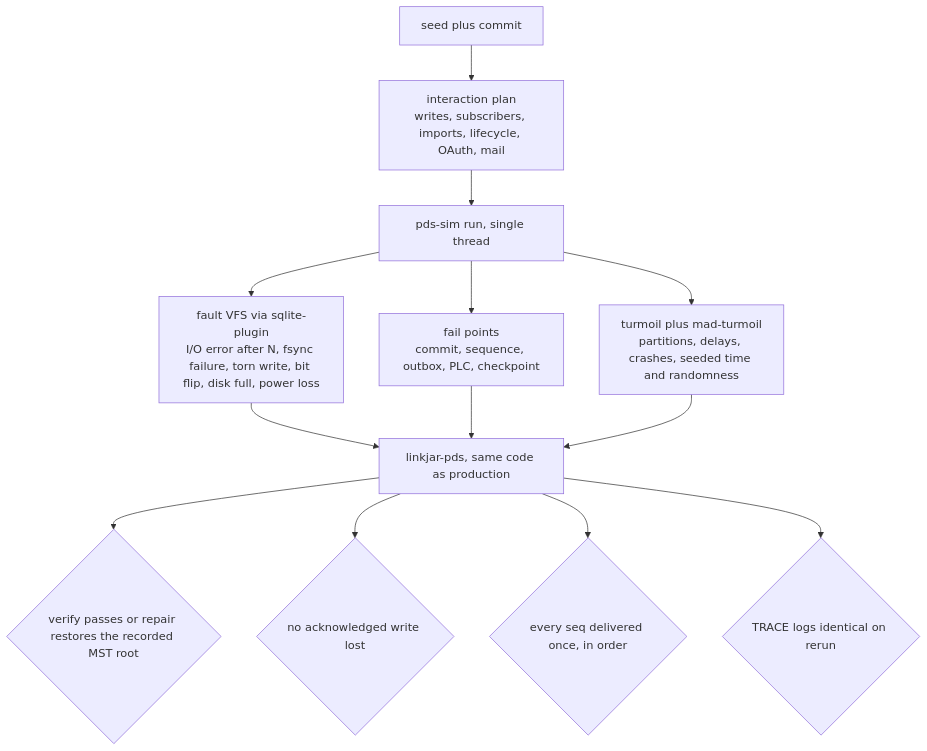
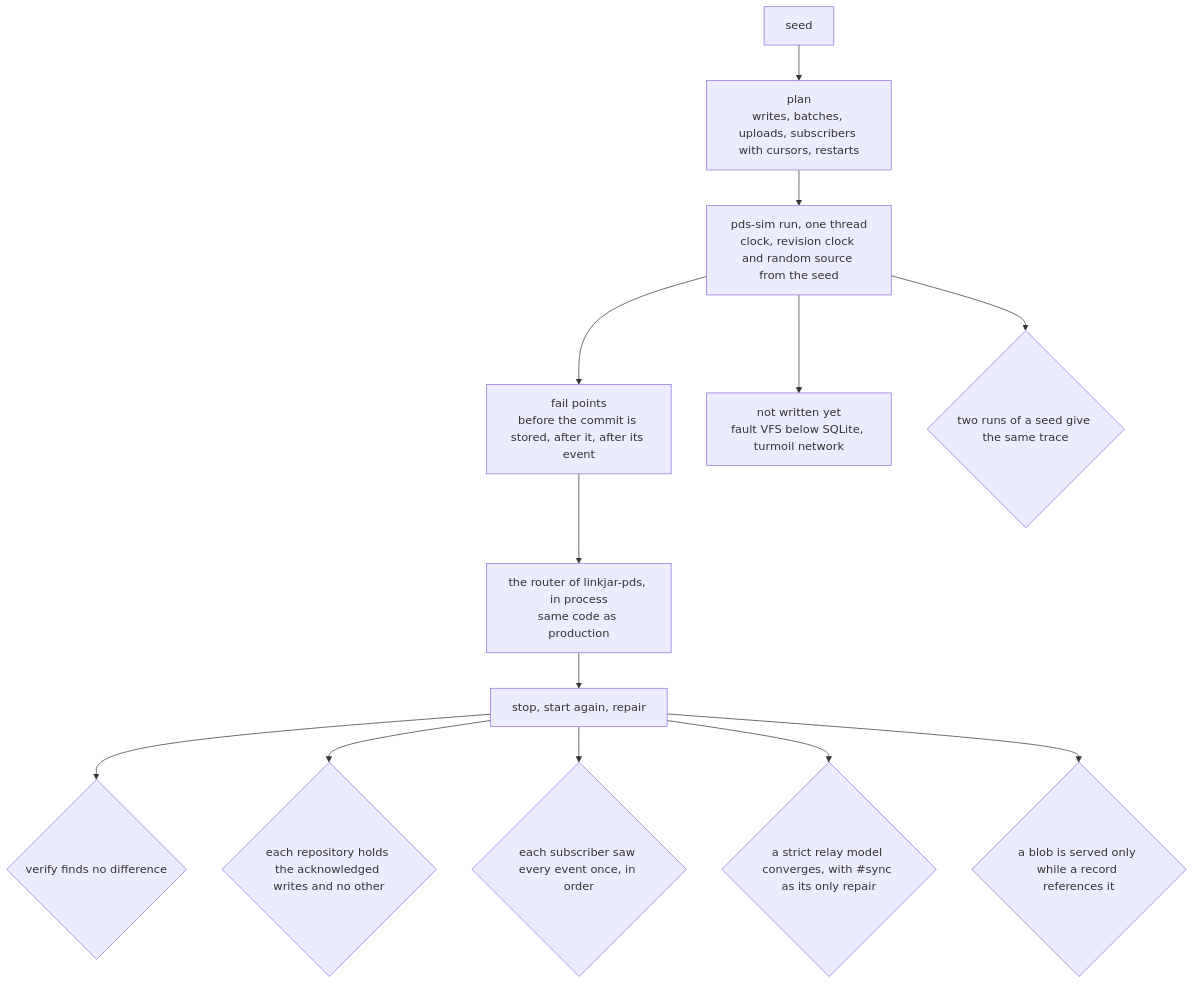
One commit to linkjar/pds changed the diagram in docs/architecture/diagrams/13-simulation.mmd. Above: the diagram before and after it, drawn with Mermaid. The commit also changed 16 other files, not shown here.

Commit message:
Unit 4: keep actor stores open between writes; diagrams and the plan

```diff
--- a/docs/architecture/diagrams/13-simulation.mmd
+++ b/docs/architecture/diagrams/13-simulation.mmd
@@ -1,11 +1,13 @@
 flowchart TB
-  seed[seed plus commit] --> plan[interaction plan<br/>writes, subscribers, imports, lifecycle, OAuth, mail]
-  plan --> run[pds-sim run, single thread]
-  run --> vfs[fault VFS via sqlite-plugin<br/>I/O error after N, fsync failure, torn write, bit flip, disk full, power loss]
-  run --> fp[fail points<br/>commit, sequence, outbox, PLC, checkpoint]
-  run --> net[turmoil plus mad-turmoil<br/>partitions, delays, crashes, seeded time and randomness]
-  vfs & fp & net --> sut[linkjar-pds, same code as production]
-  sut --> o1{verify passes or repair restores the recorded MST root}
-  sut --> o2{no acknowledged write lost}
-  sut --> o3{every seq delivered once, in order}
-  sut --> o4{TRACE logs identical on rerun}
+  seed[seed] --> plan[plan<br/>writes, batches, uploads, subscribers with cursors, restarts]
+  plan --> run[pds-sim run, one thread<br/>clock, revision clock and random source from the seed]
+  run --> fp[fail points<br/>before the commit is stored, after it, after its event]
+  run --> later[not written yet<br/>fault VFS below SQLite, turmoil network]
+  fp --> sut[the router of linkjar-pds, in process<br/>same code as production]
+  sut --> restart[stop, start again, repair]
+  restart --> o1{verify finds no difference}
+  restart --> o2{each repository holds the acknowledged writes and no other}
+  restart --> o3{each subscriber saw every event once, in order}
+  restart --> o4{a strict relay model converges, with #sync as its only repair}
+  restart --> o5{a blob is served only while a record references it}
+  run --> meta{two runs of a seed give the same trace}
```
